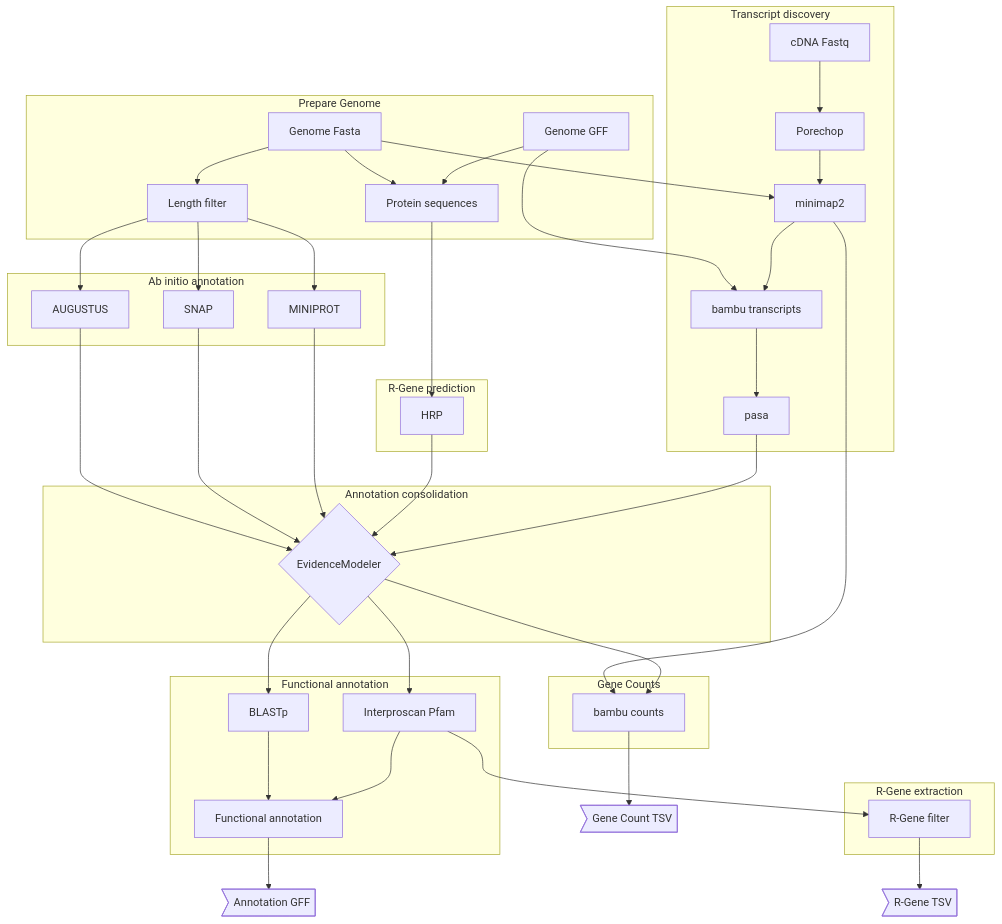
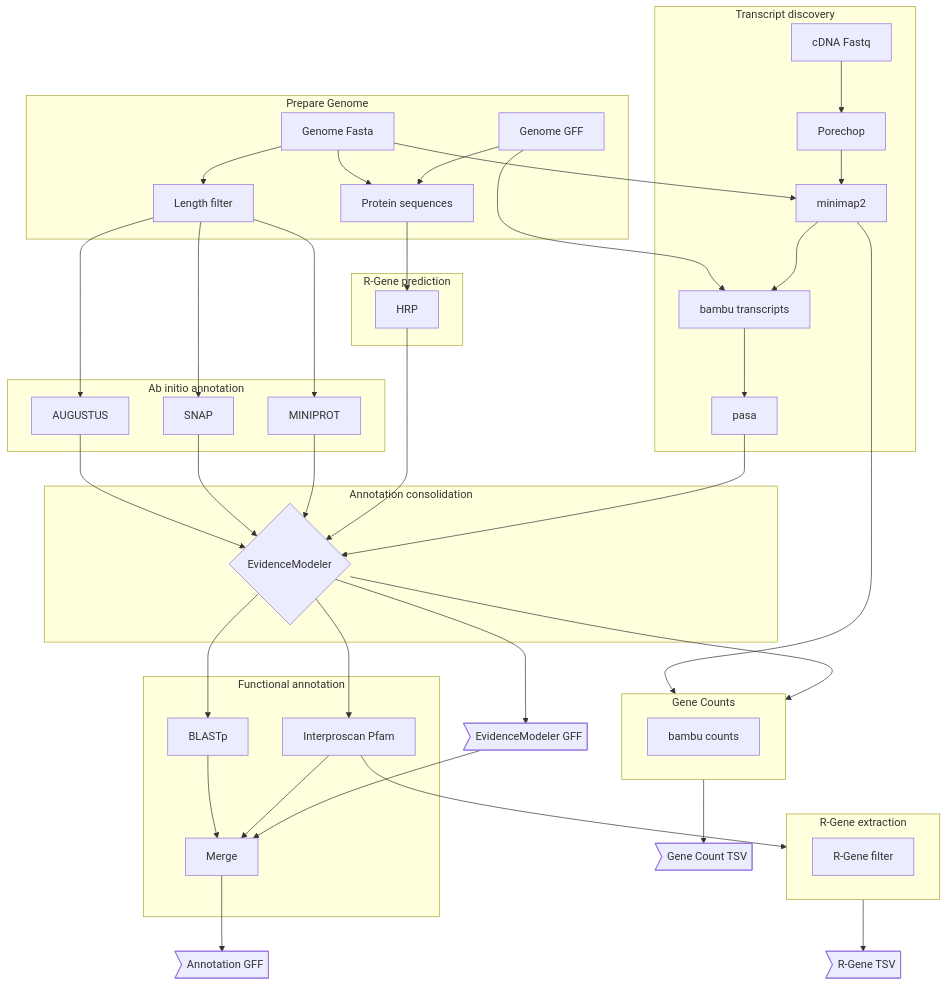
The first of 2 diagrams in README.md (nschan/nf-annotate), drawn with Mermaid before and after one commit.

````diff
--- a/README.md
+++ b/README.md
@@ -15,47 +15,52 @@
 ```mermaid
 graph TD;
     subgraph Prepare Genome
     gfasta[Genome Fasta] --> lfilt[Length filter];
     gfasta --> pseqs[Protein sequences];
     ggff[Genome GFF] --> pseqs;
     end
     subgraph Ab initio annotation
     lfilt --> AUGUSTUS;
     lfilt --> SNAP;
     lfilt --> MINIPROT;
     end
     subgraph R-Gene prediction
     pseqs --> HRP
     end
     subgraph Transcript discovery
     cDNA[cDNA Fastq] --> Porechop;
     Porechop --> minimap2;
     gfasta --> minimap2;
     ggff --> batrans[bambu transcripts]
     minimap2 --> batrans;
     batrans --> pasa;
     end
     subgraph Annotation consolidation
     AUGUSTUS --> EvidenceModeler{EvidenceModeler};
     SNAP --> EvidenceModeler;
     MINIPROT --> EvidenceModeler;
     HRP --> EvidenceModeler;
     pasa --> EvidenceModeler;
     end
-    subgraph Gene Counts
-    minimap2 --> bacounts[bambu counts];
-    EvidenceModeler --> bacounts;
+    EvidenceModeler --> evGFF>EvidenceModeler GFF]
+    subgraph counts[Gene Counts]
+    bacounts[bambu counts]
     end
-    bacounts --> tsv_count>Gene Count TSV];
+    subgraph Rgene[R-Gene extraction]
+    rgene[R-Gene filter];
+    end
+    pfam --> Rgene
+    Rgene --> r_tsv>R-Gene TSV];
+    minimap2 --> counts;
+    EvidenceModeler --> counts;
+    counts --> tsv_count>Gene Count TSV];
     subgraph Functional annotation
     EvidenceModeler --> BLASTp;
     EvidenceModeler --> pfam[Interproscan Pfam];
-    BLASTp --> func[Functional annotation];
+    BLASTp --> func[Merge];
     pfam --> func;
     end
+    evGFF --> func
     func --> gff_anno>Annotation GFF];
-    subgraph R-Gene extraction
-    pfam --> rgene[R-Gene filter];
-    end
-    rgene --> r_tsv>R-Gene TSV];
+
 ```
````
